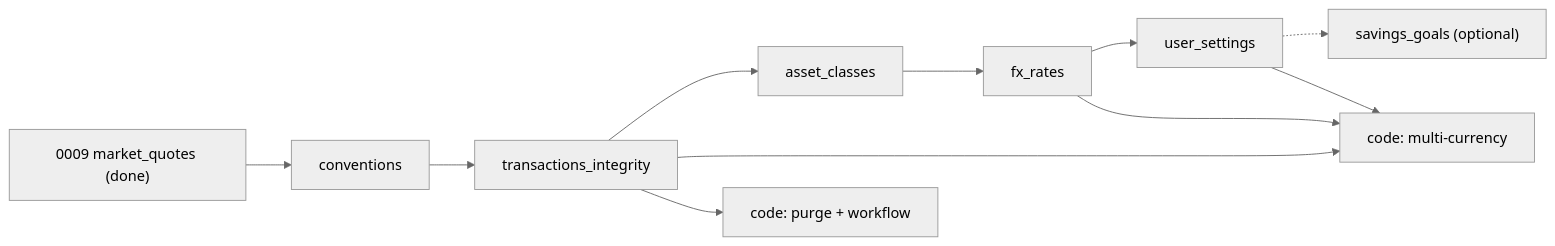
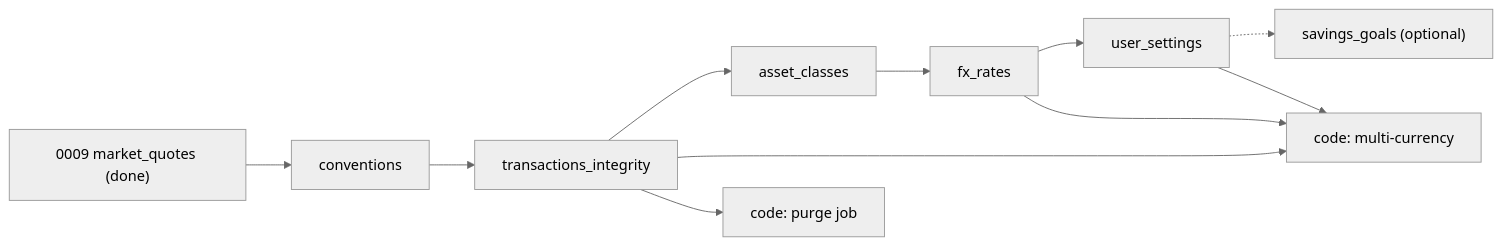
Before and after one commit to krzysztof-wojtowicz/coffer-demo: the diagram in docs/data-model.md, drawn with Mermaid (neutral theme). The commit also changed other lines of this file and 29 other files, not shown here.

````diff
--- a/docs/data-model.md
+++ b/docs/data-model.md
@@ -116,13 +116,13 @@
 ```mermaid
 flowchart LR
     m9["0009 market_quotes (done)"] --> conv["conventions"]
     conv --> ti["transactions_integrity"]
     ti --> ac["asset_classes"]
     ac --> fxr["fx_rates"]
     fxr --> us["user_settings"]
     us -.-> sg["savings_goals (optional)"]
     ti --> fx["code: multi-currency"]
     fxr --> fx
     us --> fx
-    ti --> purge["code: purge + workflow"]
+    ti --> purge["code: purge job"]
 ```
````
